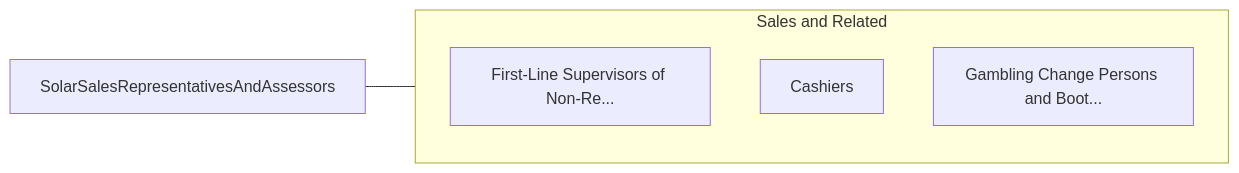
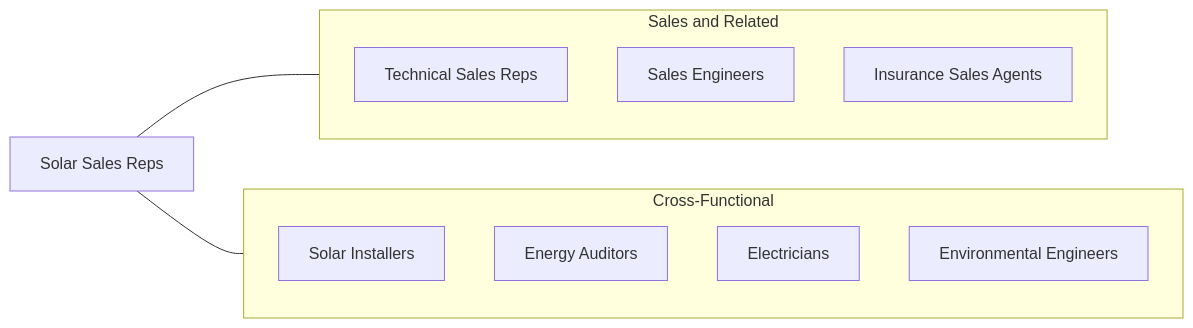
Before and after one commit to kziemski/business.org.ai: the fourth of 4 diagrams in occupations/Sales/SolarSalesRepresentativesAndAssessors.mdx, drawn with Mermaid. The commit also changed other lines of this file and 938 other files, not shown here.

````diff
--- a/occupations/Sales/SolarSalesRepresentativesAndAssessors.mdx
+++ b/occupations/Sales/SolarSalesRepresentativesAndAssessors.mdx
@@ -117,13 +176,20 @@
 ```mermaid
 graph LR
-    Current["SolarSalesRepresentativesAndAssessors"]
+    Current["Solar Sales Reps"]
 
     subgraph SameCategory["Sales and Related"]
-        FirstLineSupervisors["First-Line Supervisors of Retail..."]
-        FirstLineSupervisors["First-Line Supervisors of Non-Re..."]
-        Cashiers["Cashiers"]
-        GamblingChangePerson["Gambling Change Persons and Boot..."]
+        TechSalesReps["Technical Sales Reps"]
+        SalesEngineers["Sales Engineers"]
+        InsuranceSales["Insurance Sales Agents"]
+    end
+
+    subgraph CrossFunctional["Cross-Functional"]
+        SolarInstallers["Solar Installers"]
+        EnergyAuditors["Energy Auditors"]
+        Electricians["Electricians"]
+        EnvEngineers["Environmental Engineers"]
     end
 
     Current --- SameCategory
+    Current --- CrossFunctional
 ```
````
